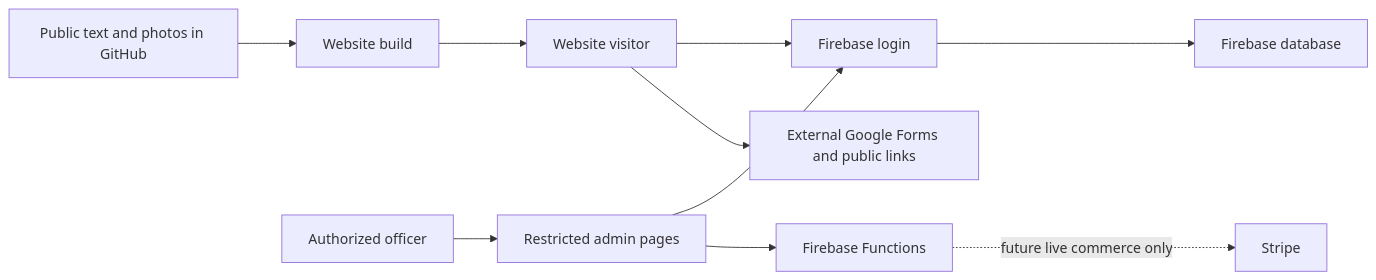
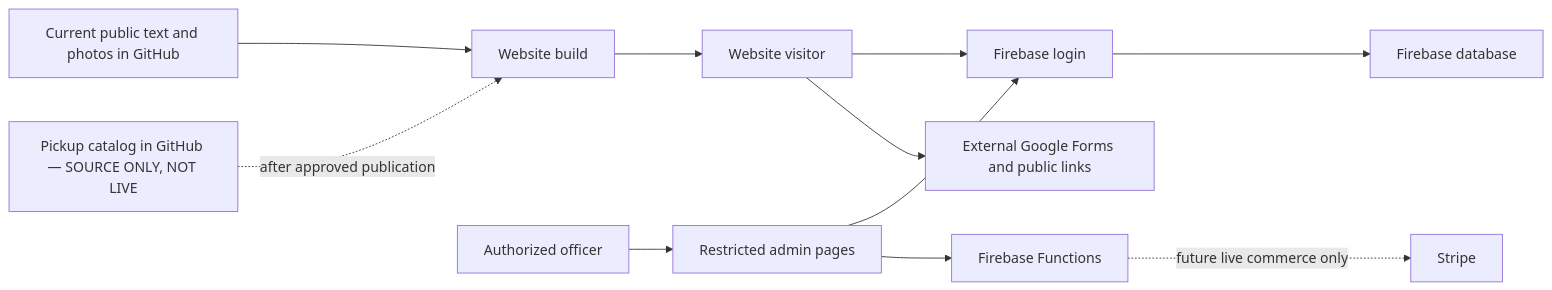
The second of 8 diagrams in docs/officers/SYSTEM_MAPS.md (Run-MPRC/Run-MPRC.github.io), drawn with Mermaid before and after one commit. The commit also changed other lines of this file and 4 other files, not shown here.

Commit message:
feat(shop): add in-person pickup catalog

````diff
--- a/docs/officers/SYSTEM_MAPS.md
+++ b/docs/officers/SYSTEM_MAPS.md
@@ -30,12 +33,13 @@
 ```mermaid
 flowchart LR
-    Public["Public text and photos in GitHub"] --> Build["Website build"]
+    Public["Current public text and photos in GitHub"] --> Build["Website build"]
+    Pickup["Pickup catalog in GitHub — SOURCE ONLY, NOT LIVE"] -. "after approved publication" .-> Build
     Build --> Visitor["Website visitor"]
     Officer["Authorized officer"] --> Admin["Restricted admin pages"]
     Visitor --> Auth["Firebase login"]
     Admin --> Auth
     Auth --> Data["Firebase database"]
     Admin --> Functions["Firebase Functions"]
     Visitor --> Forms["External Google Forms and public links"]
     Functions -. "future live commerce only" .-> Stripe["Stripe"]
 ```
````
